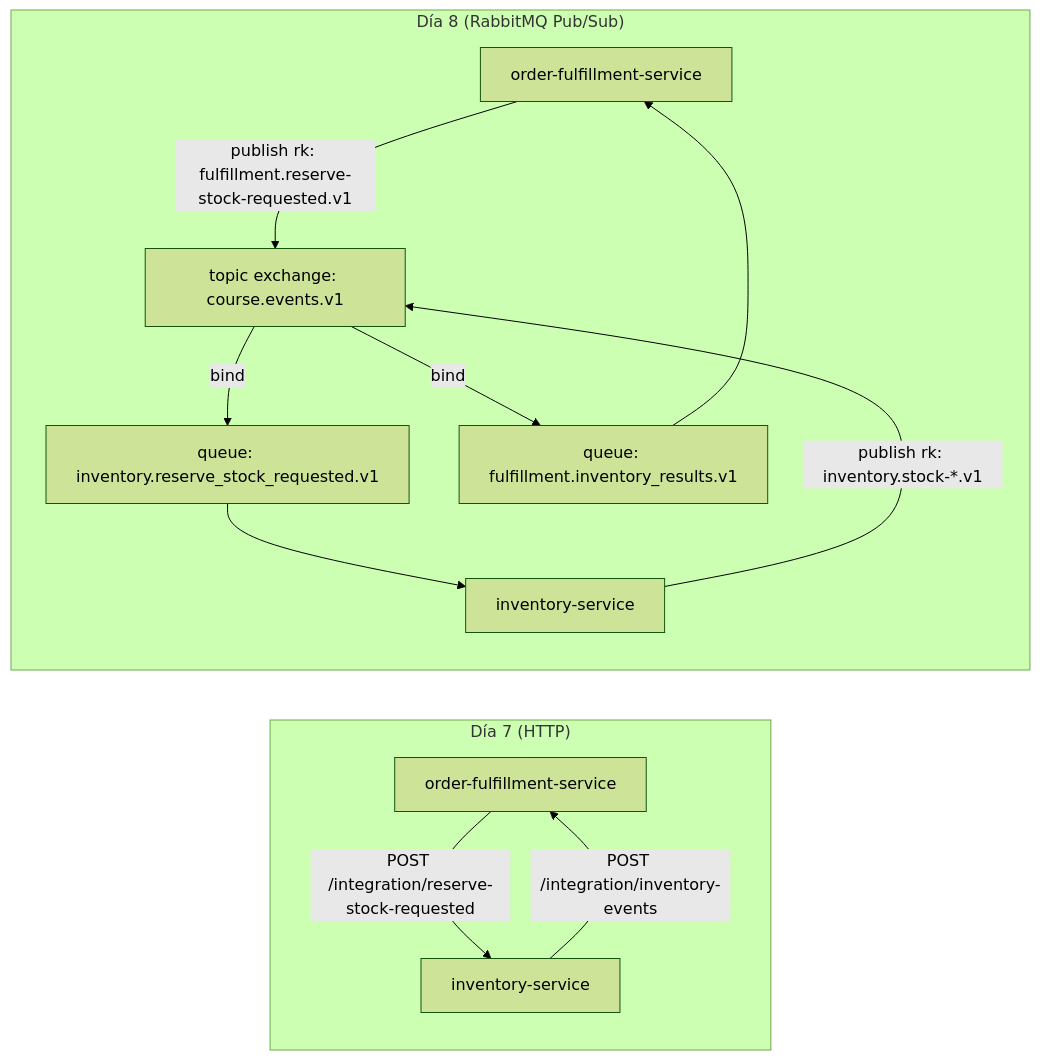
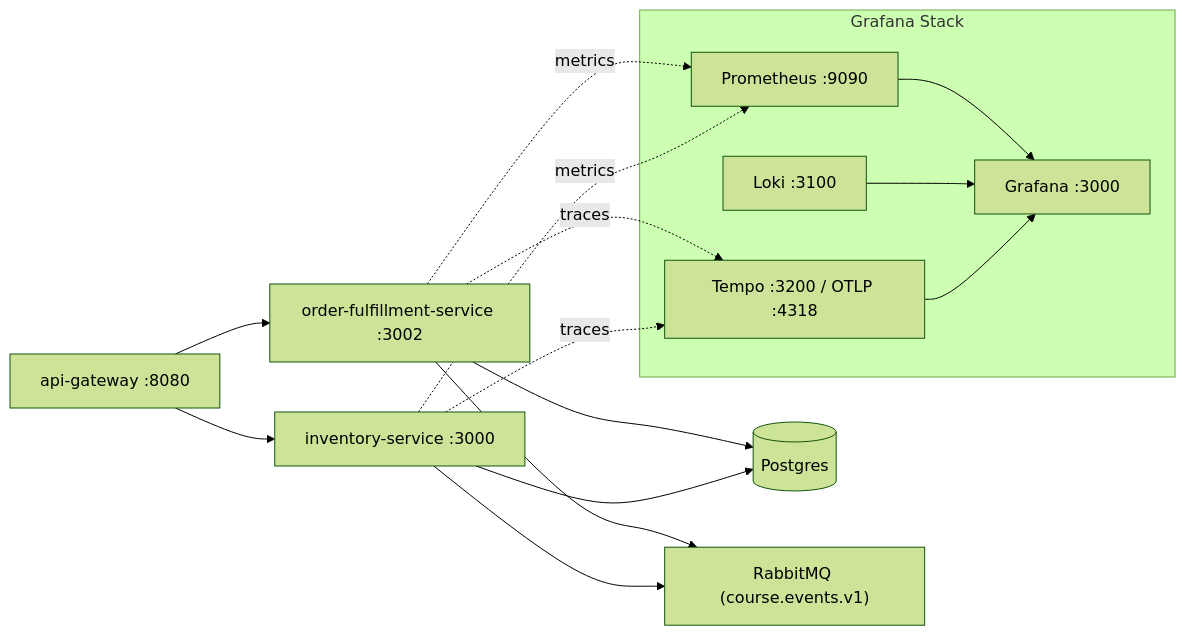
Before and after one commit to kevinmamaqi/curso-ddd-2026: the diagram in project/README.md, drawn with Mermaid (forest theme). The commit also changed other lines of this file and 120 other files, not shown here.

````diff
--- a/project/README.md
+++ b/project/README.md
@@ -28,17 +11,26 @@
 ```mermaid
 flowchart LR
-  subgraph D7["Día 7 (HTTP)"]
-    F7["order-fulfillment-service"] -->|POST /integration/reserve-stock-requested| I7["inventory-service"]
-    I7 -->|POST /integration/inventory-events| F7
+  G["api-gateway :8080"] --> F["order-fulfillment-service :3002"]
+  G --> I["inventory-service :3000"]
+
+  F --> PG[(Postgres)]
+  I --> PG
+
+  F --> MQ["RabbitMQ (course.events.v1)"]
+  I --> MQ
+
+  subgraph Obs["Grafana Stack"]
+    P["Prometheus :9090"]
+    L["Loki :3100"]
+    T["Tempo :3200 / OTLP :4318"]
+    GF["Grafana :3000"]
   end
 
-  subgraph D8["Día 8 (RabbitMQ Pub/Sub)"]
-    F8["order-fulfillment-service"] -->|publish rk: fulfillment.reserve-stock-requested.v1| X["topic exchange: course.events.v1"]
-    X -->|bind| Q1["queue: inventory.reserve_stock_requested.v1"]
-    Q1 --> I8["inventory-service"]
-
-    I8 -->|publish rk: inventory.stock-*.v1| X
-    X -->|bind| Q2["queue: fulfillment.inventory_results.v1"]
-    Q2 --> F8
-  end
+  F -. metrics .-> P
+  I -. metrics .-> P
+  F -. traces .-> T
+  I -. traces .-> T
+  P --> GF
+  L --> GF
+  T --> GF
 ```
````
